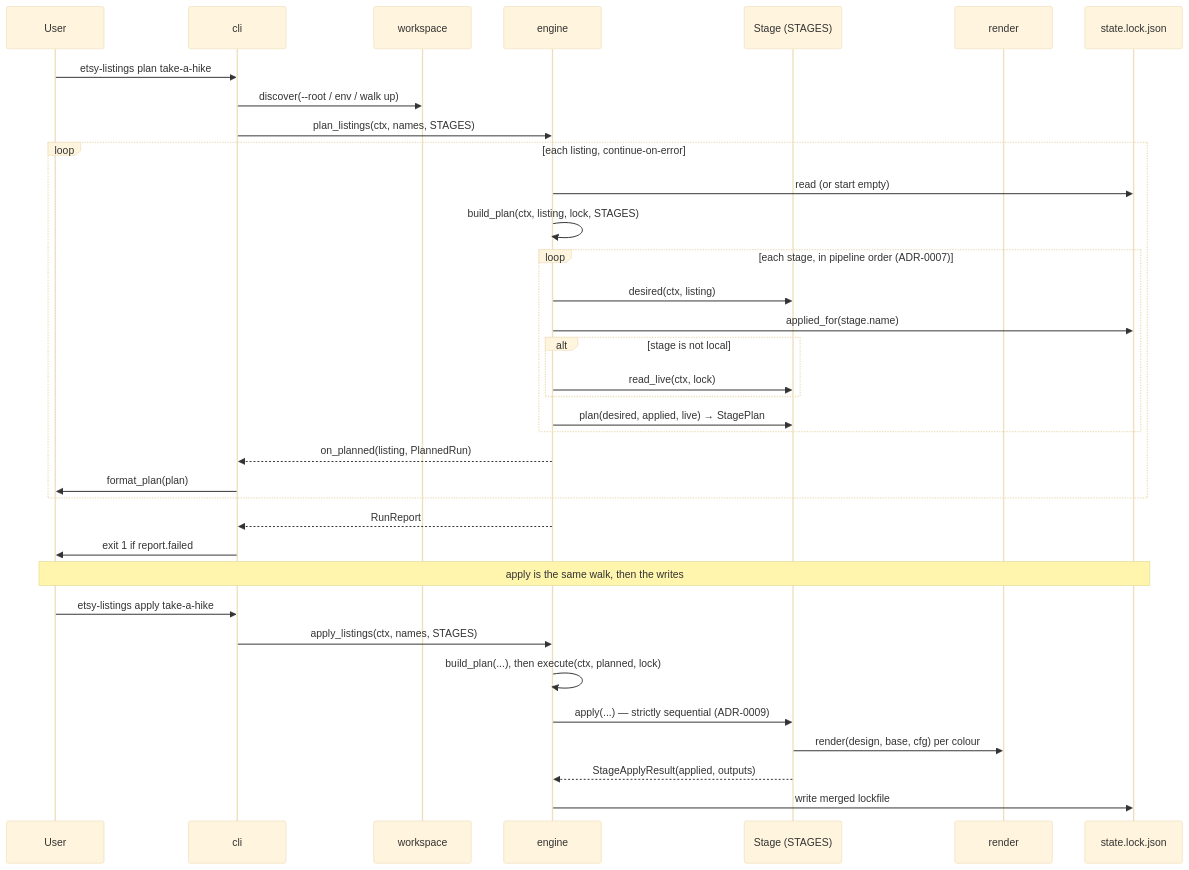
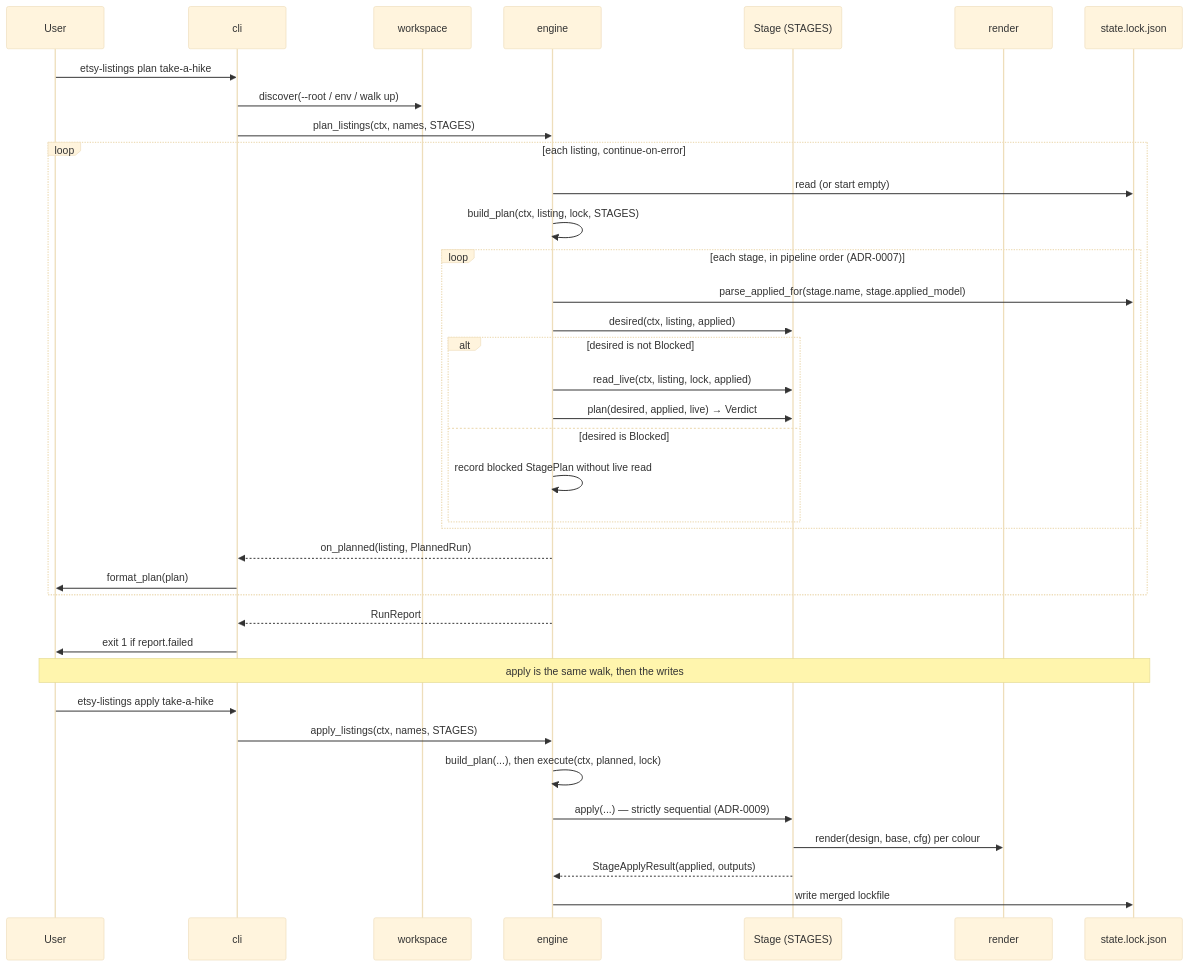
The second of 5 diagrams in docs/architecture.md (eli-jordan/etsy-listing-automation), drawn with Mermaid (base theme) before and after one commit. The commit also changed other lines of this file and 45 other files, not shown here.

Commit message:
Fix selected architecture findings and document current application

````diff
--- a/docs/architecture.md
+++ b/docs/architecture.md
@@ -61,43 +107,45 @@
 ```mermaid
 sequenceDiagram
     participant User
     participant CLI as cli
     participant WS as workspace
     participant Engine as engine
     participant Stage as Stage (STAGES)
     participant Render as render
     participant Lock as state.lock.json
 
     User->>CLI: etsy-listings plan take-a-hike
     CLI->>WS: discover(--root / env / walk up)
     CLI->>Engine: plan_listings(ctx, names, STAGES)
 
     loop each listing, continue-on-error
         Engine->>Lock: read (or start empty)
         Engine->>Engine: build_plan(ctx, listing, lock, STAGES)
 
         loop each stage, in pipeline order (ADR-0007)
-            Engine->>Stage: desired(ctx, listing)
-            Engine->>Lock: applied_for(stage.name)
-            alt stage is not local
-                Engine->>Stage: read_live(ctx, lock)
+            Engine->>Lock: parse_applied_for(stage.name, stage.applied_model)
+            Engine->>Stage: desired(ctx, listing, applied)
+            alt desired is not Blocked
+                Engine->>Stage: read_live(ctx, listing, lock, applied)
+                Engine->>Stage: plan(desired, applied, live) → Verdict
+            else desired is Blocked
+                Engine->>Engine: record blocked StagePlan without live read
             end
-            Engine->>Stage: plan(desired, applied, live) → StagePlan
         end
 
         Engine-->>CLI: on_planned(listing, PlannedRun)
         CLI->>User: format_plan(plan)
     end
 
     Engine-->>CLI: RunReport
     CLI->>User: exit 1 if report.failed
 
     Note over User,Lock: apply is the same walk, then the writes
     User->>CLI: etsy-listings apply take-a-hike
     CLI->>Engine: apply_listings(ctx, names, STAGES)
     Engine->>Engine: build_plan(...), then execute(ctx, planned, lock)
     Engine->>Stage: apply(...) — strictly sequential (ADR-0009)
     Stage->>Render: render(design, base, cfg) per colour
     Stage-->>Engine: StageApplyResult(applied, outputs)
     Engine->>Lock: write merged lockfile
 ```
````
